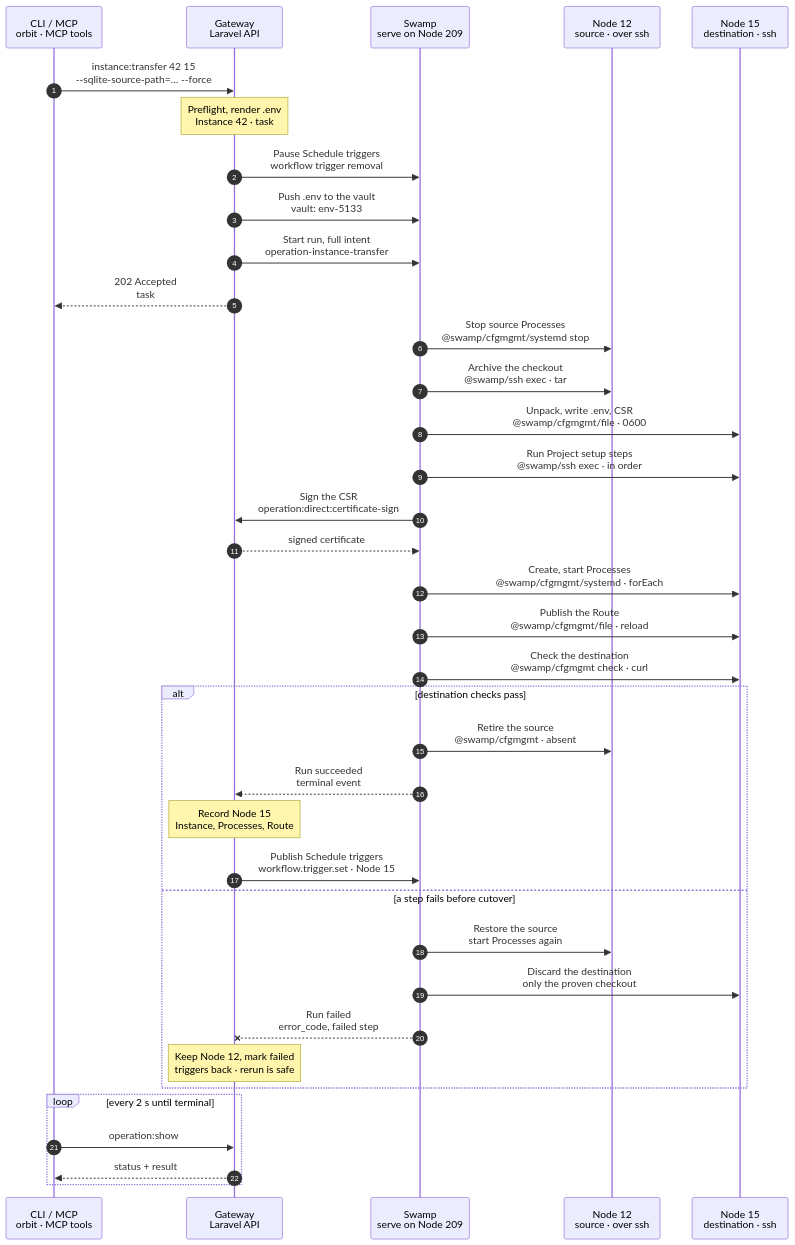
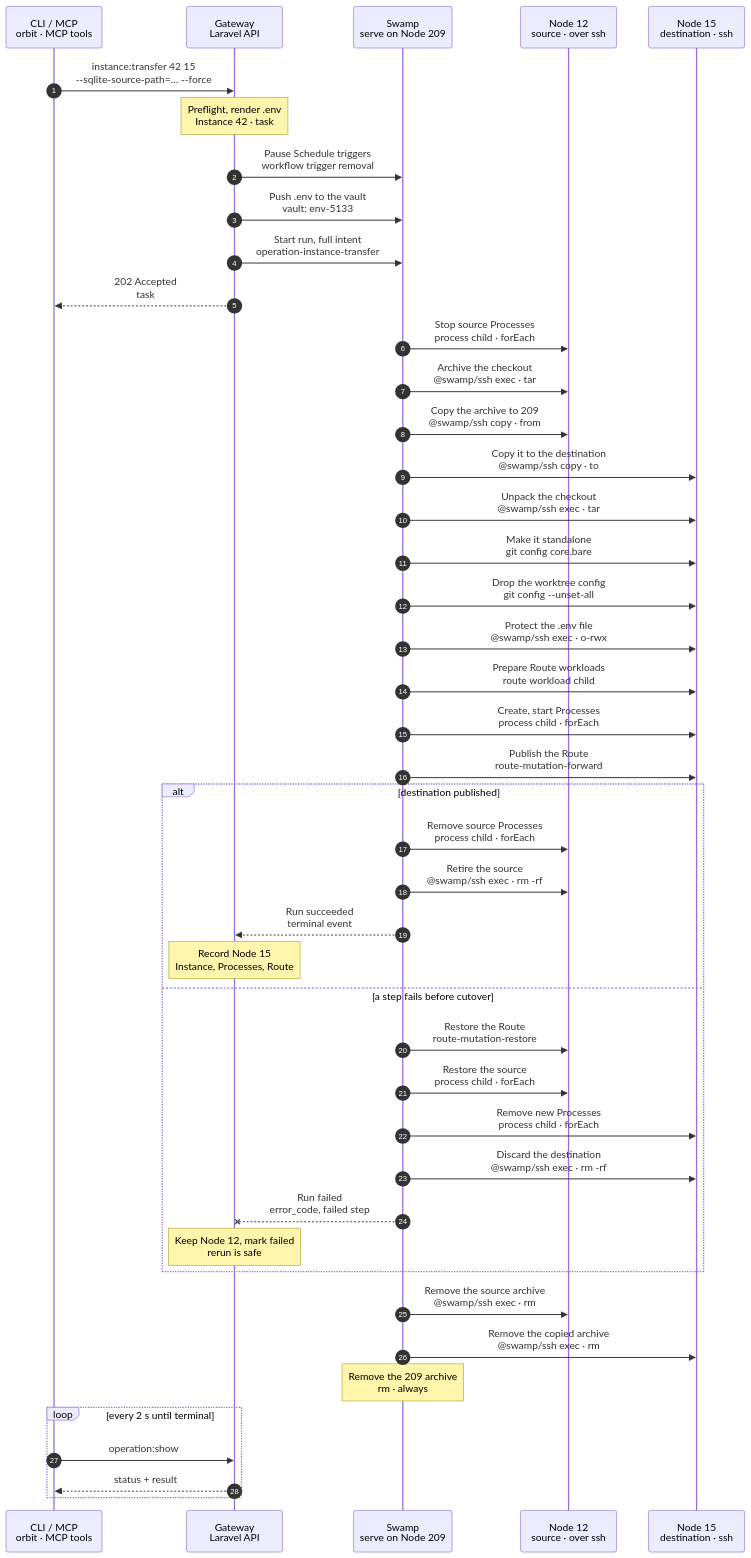
One commit to hardimpactdev/orbit changed the diagram in docs/cli/instance/transfer.mmd. Above: the diagram before and after it, drawn with Mermaid. The commit also changed 10 other files, not shown here.

```diff
--- a/docs/cli/instance/transfer.mmd
+++ b/docs/cli/instance/transfer.mmd
@@ -1,168 +1,140 @@
 sequenceDiagram
   %% Target design: ADR 0244 task + full intent as inputs, R1-R4, single-swamp-node; DECISIONS scope (SQLite only when chosen, Schedules move, cert from destination CSR in-run), 1 (signing is the one step→Gateway call), DNS hold retired (PR #2443); tightened by flow-tighten 2026-11-02 (rules 3, 6, 8, 13); .env and Processes as in instance.create. docs/reference/instance-transfer.md.
   %% Tightened: flow-tighten 2026-11-02, rules 5, 17, 22 (destination preflight from recorded state; cfgmgmt file/systemd, Route publish as in route:create).
   %% Decided: Nick 2026-11-02, .env.testing only for an owned MySQL/PostgreSQL database, written by the same file step.
   %% status: draft
+  %% Interim: the run copies the checkout with its .env, has no setup steps or destination check yet, and signs inside the Route child; Schedules and SQLite copies stay refused. The Swamp steps below are the real workflow steps.
   %% command: instance:transfer
   %% kind: instance.transfer
   autonumber
   %% lane CLI icon=terminal pill=caller tone=gray
   %% lane GW icon=gateway pill=intent tone=blue
   %% lane SW icon=workflow pill=executes tone=green
   %% lane S icon=server pill=target tone=amber
   %% lane D icon=server pill=target tone=purple
   participant CLI as CLI / MCP<br/>orbit · MCP tools
   participant GW as Gateway<br/>Laravel API
   participant SW as Swamp<br/>serve on Node 209
   participant S as Node 12<br/>source · over ssh
   participant D as Node 15<br/>destination · ssh
   CLI->>GW: instance:transfer 42 15<br/>--sqlite-source-path=… --force
   %%> Command:
   %%> - `orbit instance:transfer 42 15 --sqlite-source-path=/fast/apps/acme/feature/database/database.sqlite --force`
   %%> - syntax: `<instance> <node> [--name=NAME] [--sqlite-source-path=PATH] [--force] [--idempotency-key=KEY] [--json]`
   %%> What it does:
   %%> - moves development Instance 42 from Node 12 to Node 15; the Instance id and Project stay
   %%> Confirmation:
   %%> - without `--force`, the CLI asks for consent that names the source, destination and downtime; the default is No
   %%> - without a terminal, or with `--json`, `--force` is required
   %%> Options:
   %%> - `--name`: another Instance name on Node 15
   %%> - `--sqlite-source-path`: also copy this SQLite file; without it, no database file moves
   Note over GW: Preflight, render .env<br/>Instance 42 · task #5133
   %%> Requirements:
   %%> - your Node has access grants to Node 12 and Node 15
   %%> - both Nodes have the `app-dev` role and belong to active Clusters
   %%> - Project 7 may be placed on Node 15, and the destination path and planned ports are free, from Node 15's recorded Instances and Processes
   %%> - Instance 42 is an active development Instance with one active Route, and no removal runs
   %%> Plans:
   %%> - the Processes from Project 7's definitions for `development`, with Node 15's ports
   %%> - the Route on Node 15, and the Schedules' new target
   %%> Renders .env:
   %%> - from the stored environment of Instance 42, with Node 15 values such as `APP_URL`
   %%> - `.env.testing` only when Instance 42 owns a database on a MySQL or PostgreSQL server: `.env` with `APP_ENV=testing` and the test database credentials
   %%> Result:
   %%> - Instance 42 marked transferring; task #5133 recorded with the full intent
   GW->>SW: Pause Schedule triggers<br/>workflow trigger removal
   %%> What it does:
   %%> - removes the native Swamp schedule trigger of each Schedule of Instance 42
   %%> - there is no Node work here; Schedules install nothing on Nodes
   %%> Why:
   %%> - no fire runs against Node 12 during the move
   GW->>SW: Push .env to the vault<br/>vault: env-5133
   %%> Why:
   %%> - `.env` can hold secrets, which travel only through the vault
   %%> Result:
   %%> - the run reads it with `vault.get`; no step asks the Gateway for it
   GW->>SW: Start run, full intent<br/>operation-instance-transfer
   %%> What it does:
   %%> - starts one run of `operation-instance-transfer` on Swamp serve (Node 209)
   %%> Inputs:
   %%> - both Nodes' addresses and SSH host keys; the SSH identity comes from the `swamp` role
   %%> - paths, Process plan, Route plan, SQLite path when chosen
   %%> - secrets only as vault key names
   GW-->>CLI: 202 Accepted<br/>task #5133
   %%> What you get:
   %%> - the task number, at once
   %%> Next:
   %%> - the CLI follows the task with `operation:show`
-  SW->>S: Stop source Processes<br/>@swamp/cfgmgmt/systemd stop
+  SW->>S: Stop source Processes<br/>process child · forEach
   %%> What it does:
   %%> - stops the Processes of Instance 42 on Node 12; downtime starts here
   %%> Keeps:
   %%> - the Process units, for a restore if the move fails
   SW->>S: Archive the checkout<br/>@swamp/ssh exec · tar
   %%> What it does:
-  %%> - packs the Git history, branch, origin, index, unstaged edits and untracked files
-  %%> - adds the SQLite file only when `--sqlite-source-path` was given
-  %%> Not included:
-  %%> - `.env`; the Gateway rendered a new one for Node 15
-  %%> Linked worktree:
-  %%> - becomes an independent checkout on Node 15; the common repository on Node 12 stays unchanged
-  SW->>D: Unpack, write .env, CSR<br/>@swamp/cfgmgmt/file · 0600
+  %%> - reads the Git directories, then packs the Git history, branch, origin, index, unstaged edits and untracked files
+  %%> - refuses a shared common repository or alternates (`instance.transfer_source_shared`, `instance.transfer_source_invalid`)
+  %%> Interim:
+  %%> - the archive still carries `.env`; later the Gateway renders it for Node 15
+  SW->>S: Copy the archive to 209<br/>@swamp/ssh copy · from
+  SW->>D: Copy it to the destination<br/>@swamp/ssh copy · to
   %%> How:
-  %%> - copies the archive over `@swamp/ssh` through private scratch space on 209, and checks its hash
+  %%> - through private scratch space on 209; archive bytes never enter results
+  SW->>D: Unpack the checkout<br/>@swamp/ssh exec · tar
   %%> What it does:
-  %%> - extracts it into the destination path, as Node 15's managed user, with one `tar` argv
-  %%> - writes the rendered `.env` from `vault.get env-5133` with `@swamp/cfgmgmt/file`, mode 0600, owned by the managed user
-  %%> - writes any `.env.testing` in the same `file` step, replacing its content; a Git-tracked one stays untouched
-  %%> - creates a private key and a certificate signing request for the Route's domain; the key never leaves Node 15
-  %%> Refuses:
-  %%> - paths or links that escape the checkout
-  %%> Cleanup:
-  %%> - removes the scratch archives on all three Nodes
-  SW->>D: Run Project setup steps<br/>@swamp/ssh exec · in order
+  %%> - extracts into the destination path, refusing an existing path (`instance.transfer_destination_exists`)
+  SW->>D: Make it standalone<br/>git config core.bare
+  SW->>D: Drop the worktree config<br/>git config --unset-all
+  %%> Why:
+  %%> - a linked worktree becomes an independent checkout on Node 15
+  SW->>D: Protect the .env file<br/>@swamp/ssh exec · o-rwx
+  SW->>D: Prepare Route workloads<br/>route workload child
+  SW->>D: Create, start Processes<br/>process child · forEach
   %%> What it does:
-  %%> - runs the Project's setup steps, as in `instance:create`, so dependencies match Node 15
-  %%> Typical steps:
-  %%> - `composer install`, `vp install`, `php artisan migrate`
-  SW->>GW: Sign the CSR<br/>operation:direct:certificate-sign
-  %%> Why a call to the Gateway:
-  %%> - only the Gateway holds the Orbit CA key
-  %%> - this is the one call a step may make to the Gateway (decision 1)
-  GW-->>SW: signed certificate
-  %%> Returns:
-  %%> - the certificate for the CSR, scoped to task #5133
-  SW->>D: Create, start Processes<br/>@swamp/cfgmgmt/systemd · forEach
+  %%> - creates the Instance's Processes on Node 15 and starts them; stopped ones stay stopped
+  %%> Later:
+  %%> - Run Project setup steps comes before this step
+  SW->>D: Publish the Route<br/>route-mutation-forward
   %%> What it does:
-  %%> - creates the Instance's Processes on Node 15 from Project 7's definitions for `development`, and starts them
-  %%> - Processes recorded as stopped stay stopped
-  SW->>D: Publish the Route<br/>@swamp/cfgmgmt/file · reload
-  %%> What it does:
-  %%> - installs the certificate, the Caddy site and the PHP pool on Node 15 in one step, as `route:create` does, and reloads Caddy; no restart
-  %%> - changes private DNS only when the domain is outside the Cluster TLD; a domain inside it needs no record
-  %%> Why last:
-  %%> - Node 15 becomes reachable only after its Processes run
+  %%> - signs the CSR through the Gateway primitive, installs the certificate and site on Node 15, and reloads Caddy
   %%> Cutover:
-  %%> - from here Node 15 serves Instance 42
-  SW->>D: Check the destination<br/>@swamp/cfgmgmt check · curl
-  %%> What it does:
-  %%> - the systemd behaviors' `check`: the Processes run on Node 15
-  %%> - one `curl` with the Route's domain as SNI: the site answers
-  %%> Why:
-  %%> - the one end check before the source is retired
-  alt destination checks pass
-    SW->>S: Retire the source<br/>@swamp/cfgmgmt · absent
+  %%> - a ready result makes Node 15 authoritative
+  %%> Later:
+  %%> - Check the destination (systemd check and one curl) follows this step
+  alt destination published
+    SW->>S: Remove source Processes<br/>process child · forEach
+    SW->>S: Retire the source<br/>@swamp/ssh exec · rm -rf
     %%> What it does:
-    %%> - removes the Process units, Caddy site, PHP pool and certificate of Instance 42 on Node 12 with `ensure: absent`, and reloads Caddy
-    %%> - deletes the recorded checkout with one `rm -rf` argv
+    %%> - deletes the checkout and prunes a linked worktree's entry; the common repository stays
     %%> If it fails:
-    %%> - best effort: Node 15 stays authoritative; the leftovers on Node 12 are harmless and a rerun removes them
+    %%> - Node 15 stays authoritative; the Gateway keeps the placement and marks the task failed
     SW-->>GW: Run succeeded<br/>terminal event
     %%> How the Gateway learns it:
-    %%> - its shared run reader sees the terminal event; Swamp never calls the Gateway
+    %%> - its shared run reader reads the run's steps and the Route child's ready result
     Note over GW: Record Node 15<br/>Instance, Processes, Route
     %%> Result:
-    %%> - Instance 42, its Processes and its Route are recorded on Node 15, in one change
-    %%> - task #5133 succeeds
-    GW->>SW: Publish Schedule triggers<br/>workflow.trigger.set · Node 15
+    %%> - Instance 42, its Processes and its Routes are recorded on Node 15, in one change
+  else a step fails before cutover
+    SW->>S: Restore the Route<br/>route-mutation-restore
+    SW->>S: Restore the source<br/>process child · forEach
+    SW->>D: Remove new Processes<br/>process child · forEach
+    SW->>D: Discard the destination<br/>@swamp/ssh exec · rm -rf
     %%> What it does:
-    %%> - sets each Schedule's trigger again, now with Node 15 as its target
+    %%> - removes the unpacked checkout, and only after the restore succeeded
+    SW--xGW: Run failed<br/>error_code, failed step
+    Note over GW: Keep Node 12, mark failed<br/>rerun is safe
     %%> Result:
-    %%> - the Schedules have moved; their next fire runs on Node 15
-  else a step fails before cutover
-    SW->>S: Restore the source<br/>start Processes again
-    %%> What it does:
-    %%> - starts the Processes of Instance 42 on Node 12 again; the source is untouched otherwise
-    SW->>D: Discard the destination<br/>only the proven checkout
-    %%> What it does:
-    %%> - removes what the run created on Node 15, and only that
-    %%> If cleanup fails:
-    %%> - the leftovers stay visible as a failure; nothing unproven is deleted
-    SW--xGW: Run failed<br/>error_code, failed step
-    %%> The Gateway reads:
-    %%> - which step failed and its error code
-    Note over GW: Keep Node 12, mark failed<br/>triggers back · rerun is safe
-    %%> Result:
-    %%> - Instance 42 stays on Node 12, active again; task #5133 fails
-    %%> - the Gateway sets the Schedule triggers again for Node 12
-    %%> Retry:
-    %%> - run the same command again; it is a new task
+    %%> - Instance 42 stays on Node 12; a run that only restored also fails (`instance.transfer_failed`)
   end
+  SW->>S: Remove the source archive<br/>@swamp/ssh exec · rm
+  SW->>D: Remove the copied archive<br/>@swamp/ssh exec · rm
+  Note over SW: Remove the 209 archive<br/>rm · always
   loop every 2 s until terminal
     CLI->>GW: operation:show #5133
     %%> What it does:
     %%> - asks for the task's status every 2 seconds until it has ended
     GW-->>CLI: status + result
     %%> Returns:
     %%> - the current status, and the result once the task has ended
   end
```
